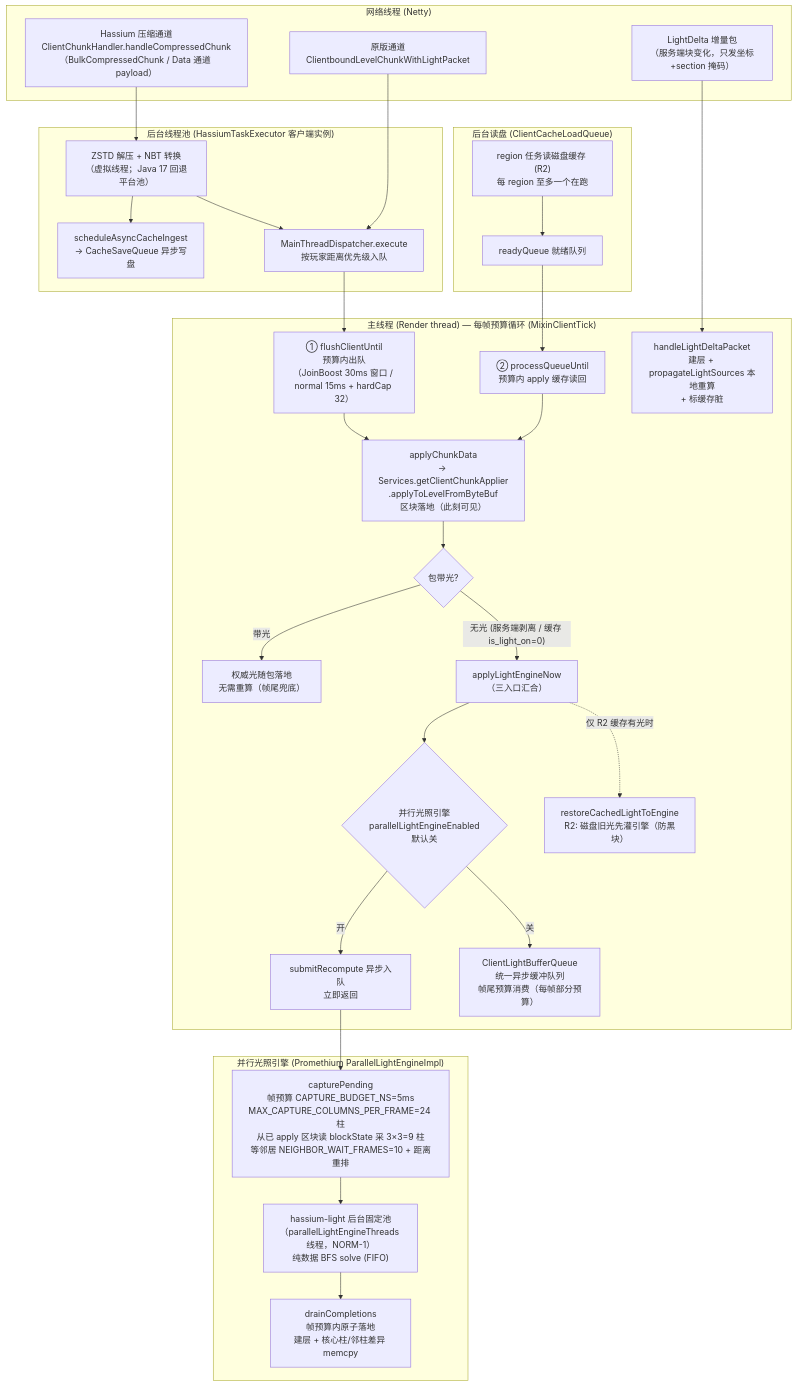
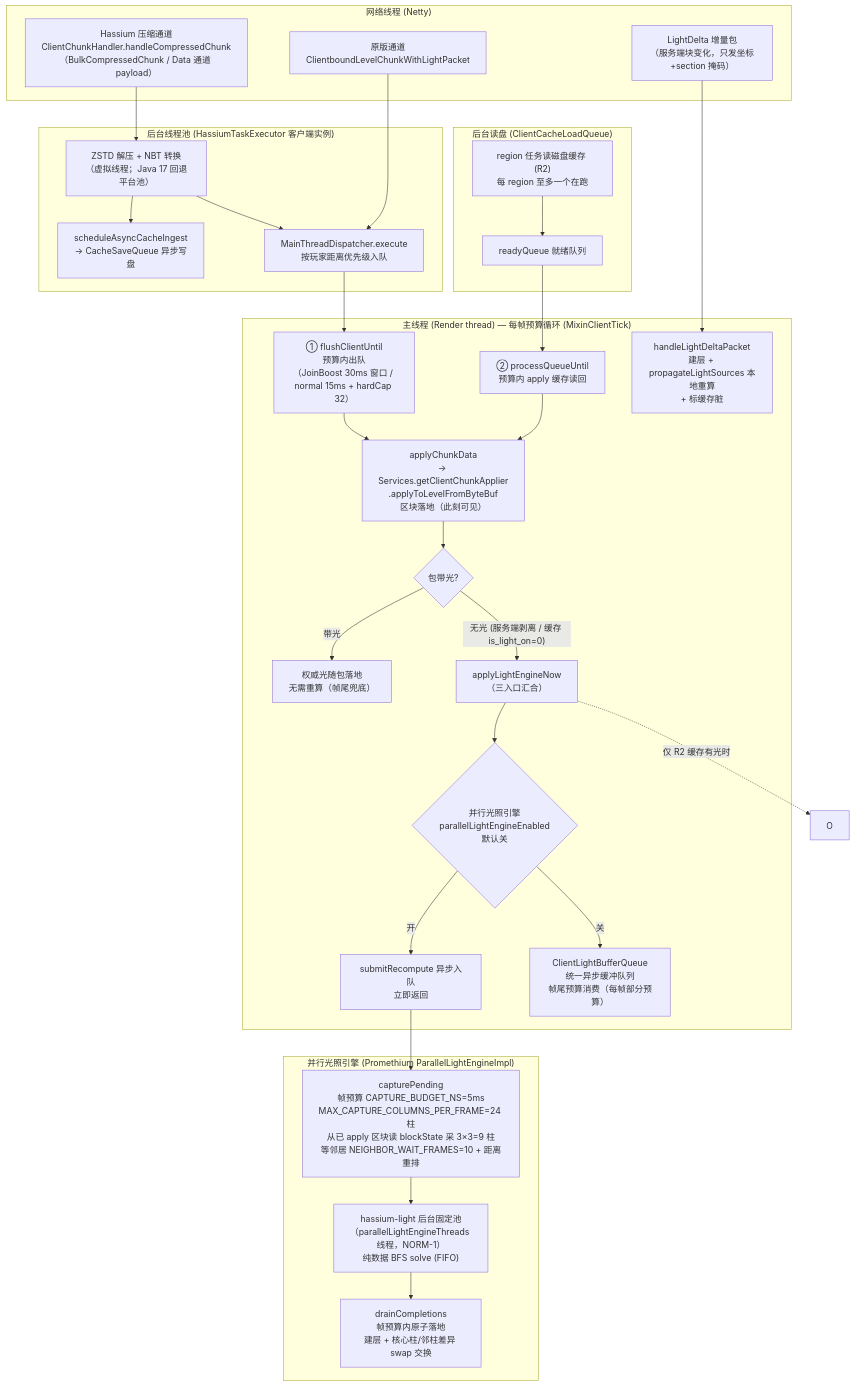
The diagram in docs/client-chunk-light-flow.md (limuqy/Hassium), drawn with Mermaid before and after one commit. The commit also changed other lines of this file and 5 other files, not shown here.

First line of the commit message:
feat(light): defer vanilla checkBlock into unified engine queue + swap landing hooks

````diff
--- a/docs/client-chunk-light-flow.md
+++ b/docs/client-chunk-light-flow.md
@@ -17,57 +16,56 @@
 ```mermaid
 flowchart TD
     subgraph NET["网络线程 (Netty)"]
         A["Hassium 压缩通道<br/>ClientChunkHandler.handleCompressedChunk<br/>（BulkCompressedChunk / Data 通道 payload）"]
         B["原版通道<br/>ClientboundLevelChunkWithLightPacket"]
         C["LightDelta 增量包<br/>（服务端块变化，只发坐标+section 掩码）"]
     end
 
     subgraph BG["后台线程池 (HassiumTaskExecutor 客户端实例)"]
         D["ZSTD 解压 + NBT 转换<br/>（虚拟线程；Java 17 回退平台池）"]
         E["scheduleAsyncCacheIngest<br/>→ CacheSaveQueue 异步写盘"]
         F["MainThreadDispatcher.execute<br/>按玩家距离优先级入队"]
     end
 
     subgraph BG2["后台读盘 (ClientCacheLoadQueue)"]
         U["region 任务读磁盘缓存 (R2)<br/>每 region 至多一个在跑"]
         V["readyQueue 就绪队列"]
     end
 
     subgraph MAIN["主线程 (Render thread) — 每帧预算循环 (MixinClientTick)"]
         G["① flushClientUntil<br/>预算内出队<br/>（JoinBoost 30ms 窗口 / normal 15ms + hardCap 32）"]
         G2["② processQueueUntil<br/>预算内 apply 缓存读回"]
         H["applyChunkData<br/>→ Services.getClientChunkApplier<br/>.applyToLevelFromByteBuf<br/>区块落地（此刻可见）"]
         I{"包带光?"}
         J["权威光随包落地<br/>无需重算（帧尾兜底）"]
         K["applyLightEngineNow<br/>（三入口汇合）"]
         L{"并行光照引擎<br/>parallelLightEngineEnabled<br/>默认关"}
         M["submitRecompute 异步入队<br/>立即返回"]
         N["ClientLightBufferQueue<br/>统一异步缓冲队列<br/>帧尾预算消费（每帧部分预算）"]
-        O["restoreCachedLightToEngine<br/>R2: 磁盘旧光先灌引擎（防黑块）"]
         P["handleLightDeltaPacket<br/>建层 + propagateLightSources 本地重算<br/>+ 标缓存脏"]
     end
 
     subgraph LIGHT["并行光照引擎 (Promethium ParallelLightEngineImpl)"]
         Q["capturePending<br/>帧预算 CAPTURE_BUDGET_NS=5ms<br/>MAX_CAPTURE_COLUMNS_PER_FRAME=24 柱<br/>从已 apply 区块读 blockState 采 3×3=9 柱<br/>等邻居 NEIGHBOR_WAIT_FRAMES=10 + 距离重排"]
         R["hassium-light 后台固定池<br/>（parallelLightEngineThreads 线程，NORM-1）<br/>纯数据 BFS solve (FIFO)"]
-        S["drainCompletions<br/>帧预算内原子落地<br/>建层 + 核心柱/邻柱差异 memcpy"]
+        S["drainCompletions<br/>帧预算内原子落地<br/>建层 + 核心柱/邻柱差异 swap 交换"]
     end
 
     A --> D --> E
     D --> F
     B --> F
     U --> V
     F --> G
     V --> G2
     G --> H
     G2 --> H
     H --> I
     I -- "带光" --> J
     I -- "无光 (服务端剥离 / 缓存 is_light_on=0)" --> K
     K --> L
     K -. "仅 R2 缓存有光时" .-> O
     L -- "开" --> M
     L -- "关" --> N
     C --> P
     M --> Q --> R --> S
 ```
````
